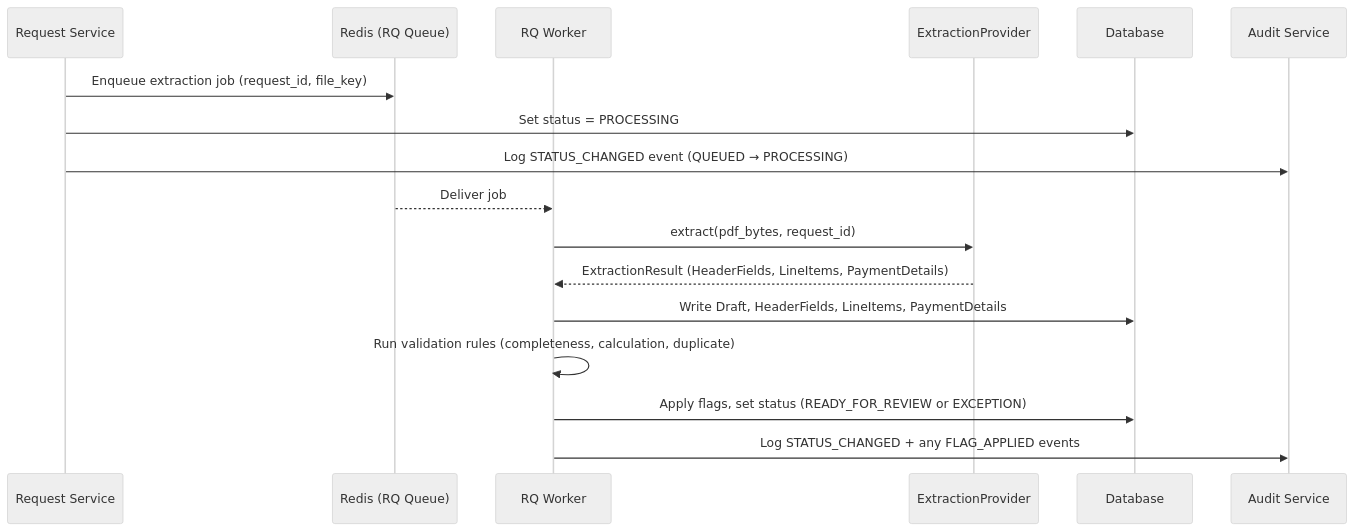
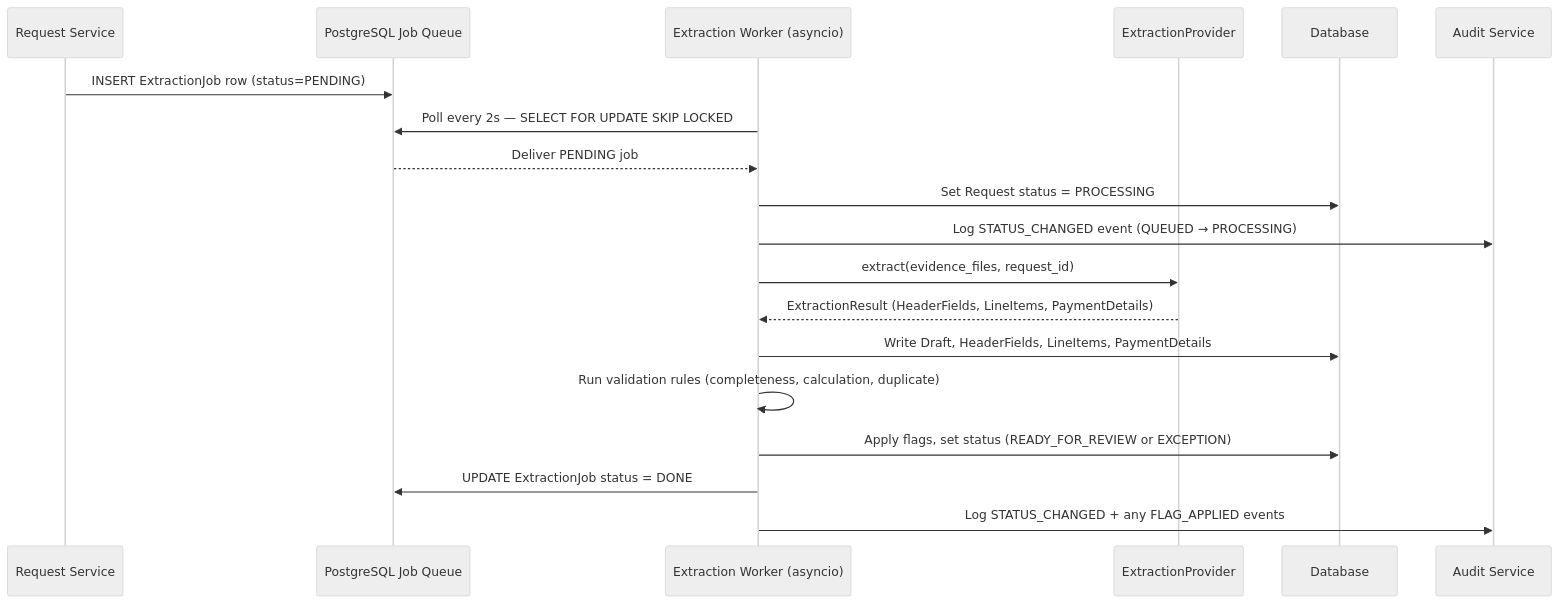
Before and after one commit to andrifernandiarif/AMIGA-Invoice-to-voucher-AI: the fourth of 6 diagrams in .kiro/specs/invoice-to-voucher/design.md, drawn with Mermaid (neutral theme). The commit also changed other lines of this file and 10 other files, not shown here.

````diff
--- a/.kiro/specs/invoice-to-voucher/design.md
+++ b/.kiro/specs/invoice-to-voucher/design.md
@@ -569,20 +562,22 @@
 ```mermaid
 sequenceDiagram
     participant RS as Request Service
-    participant RQ_Q as Redis (RQ Queue)
-    participant RQ_W as RQ Worker
+    participant JQ as PostgreSQL Job Queue
+    participant EW as Extraction Worker (asyncio)
     participant EP as ExtractionProvider
     participant PDB as Database
     participant AUS as Audit Service
 
-    RS->>RQ_Q: Enqueue extraction job (request_id, file_key)
-    RS->>PDB: Set status = PROCESSING
-    RS->>AUS: Log STATUS_CHANGED event (QUEUED → PROCESSING)
-    RQ_Q-->>RQ_W: Deliver job
-    RQ_W->>EP: extract(pdf_bytes, request_id)
-    EP-->>RQ_W: ExtractionResult (HeaderFields, LineItems, PaymentDetails)
-    RQ_W->>PDB: Write Draft, HeaderFields, LineItems, PaymentDetails
-    RQ_W->>RQ_W: Run validation rules (completeness, calculation, duplicate)
-    RQ_W->>PDB: Apply flags, set status (READY_FOR_REVIEW or EXCEPTION)
-    RQ_W->>AUS: Log STATUS_CHANGED + any FLAG_APPLIED events
+    RS->>JQ: INSERT ExtractionJob row (status=PENDING)
+    EW->>JQ: Poll every 2s — SELECT FOR UPDATE SKIP LOCKED
+    JQ-->>EW: Deliver PENDING job
+    EW->>PDB: Set Request status = PROCESSING
+    EW->>AUS: Log STATUS_CHANGED event (QUEUED → PROCESSING)
+    EW->>EP: extract(evidence_files, request_id)
+    EP-->>EW: ExtractionResult (HeaderFields, LineItems, PaymentDetails)
+    EW->>PDB: Write Draft, HeaderFields, LineItems, PaymentDetails
+    EW->>EW: Run validation rules (completeness, calculation, duplicate)
+    EW->>PDB: Apply flags, set status (READY_FOR_REVIEW or EXCEPTION)
+    EW->>JQ: UPDATE ExtractionJob status = DONE
+    EW->>AUS: Log STATUS_CHANGED + any FLAG_APPLIED events
 ```
````
